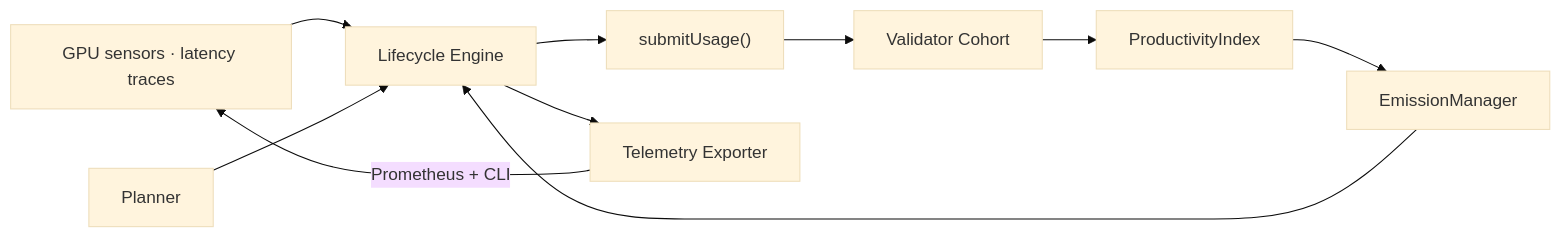
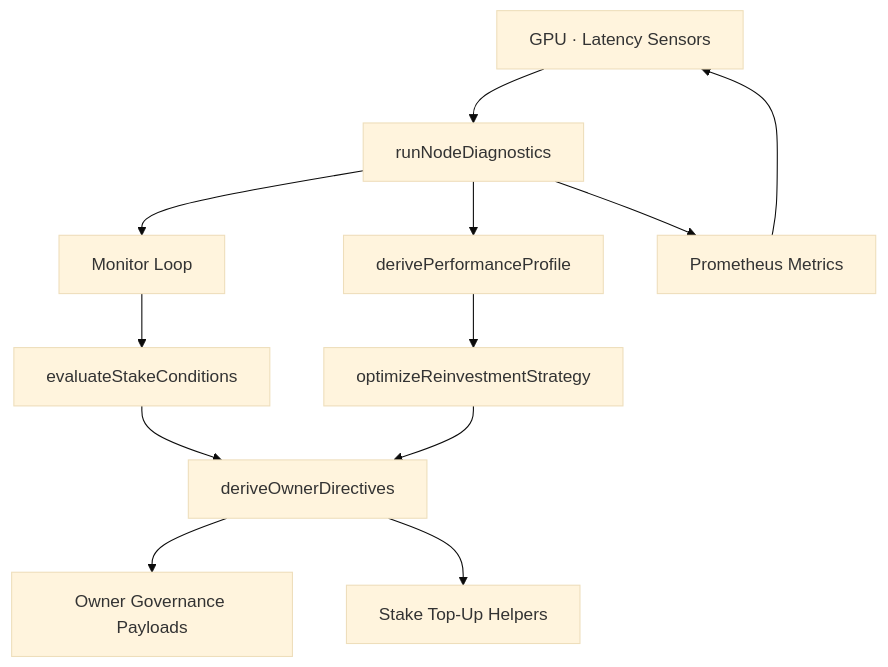
Before and after one commit to MontrealAI/AGI-Alpha-Node-v0: the second of 6 diagrams in docs/economics.md, drawn with Mermaid (base theme). The commit also changed other lines of this file and 2 other files, not shown here.

Commit message:
docs: refresh economics codex and tighten ci checks

````diff
--- a/docs/economics.md
+++ b/docs/economics.md
@@ -104,12 +106,14 @@
 ```mermaid
-flowchart LR
-  metrics["GPU sensors · latency traces"] --> lifecycle["Lifecycle Engine"]
-  planner["Planner"] --> lifecycle
-  lifecycle --> work["submitUsage()"]
-  work --> validators["Validator Cohort"]
-  validators --> indexer["ProductivityIndex"]
-  indexer --> emission["EmissionManager"]
-  emission --> lifecycle
-  lifecycle --> telemetry["Telemetry Exporter"]
-  telemetry -->|Prometheus + CLI| metrics
+flowchart TD
+  sensors["GPU · Latency Sensors"] --> diagnostics
+  diagnostics["runNodeDiagnostics"] --> monitor
+  monitor["Monitor Loop"] --> evaluation["evaluateStakeConditions"]
+  evaluation --> directives["deriveOwnerDirectives"]
+  directives --> governance["Owner Governance Payloads"]
+  directives --> activation["Stake Top-Up Helpers"]
+  diagnostics --> performance["derivePerformanceProfile"]
+  performance --> economics["optimizeReinvestmentStrategy"]
+  economics --> directives
+  diagnostics --> telemetry["Prometheus Metrics"]
+  telemetry --> sensors
 ```
````
